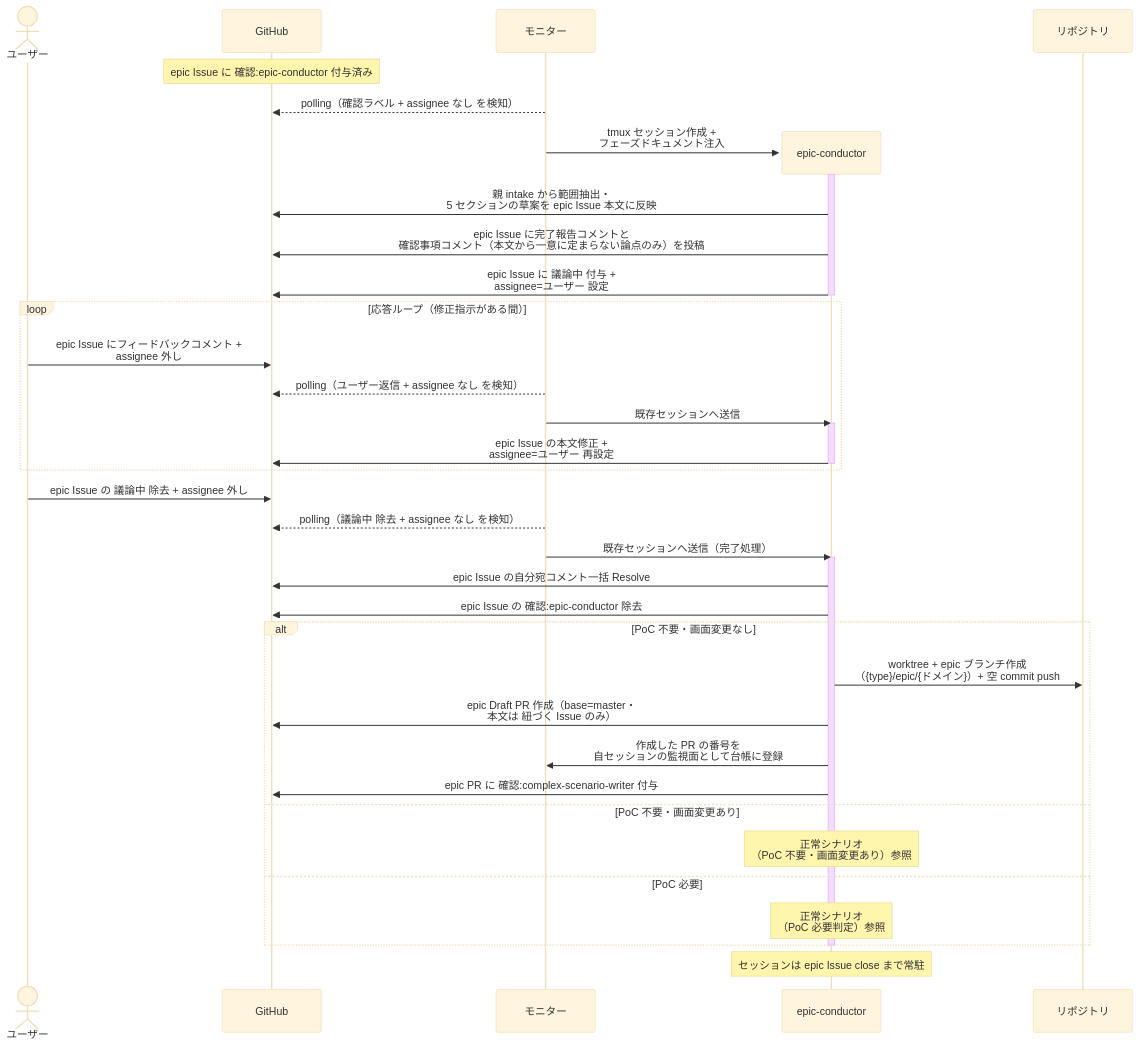
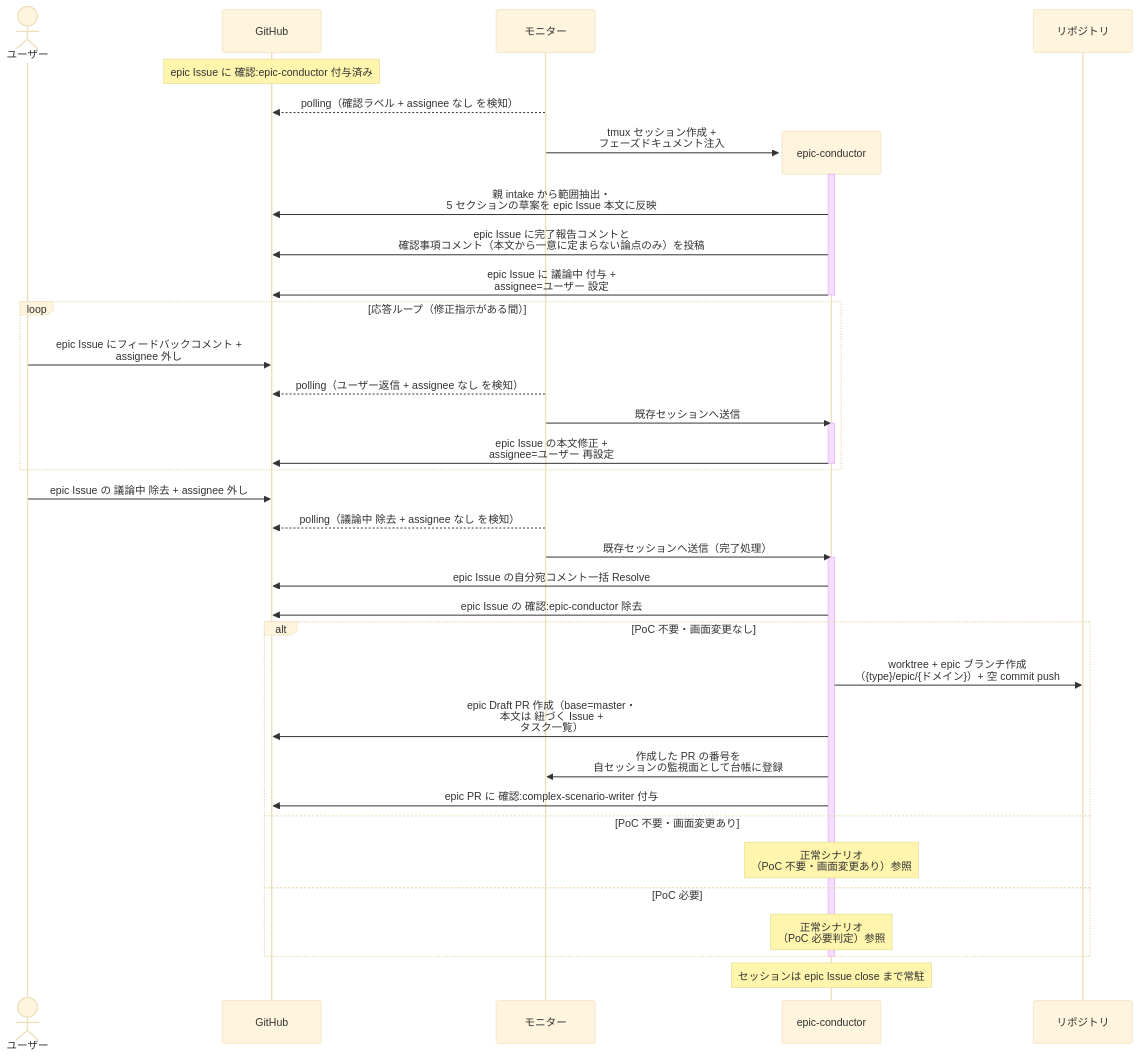
The first of 5 diagrams in docs/wiki/設計図/シナリオ/単一ユースケース/epic要件確定.md (shuhei1101/ai-monitor), drawn with Mermaid (base theme) before and after one commit. The commit also changed other lines of this file and 77 other files, not shown here.

````diff
--- a/docs/wiki/設計図/シナリオ/単一ユースケース/epic要件確定.md
+++ b/docs/wiki/設計図/シナリオ/単一ユースケース/epic要件確定.md
@@ -27,45 +27,45 @@
 ```mermaid
 sequenceDiagram
   actor U as ユーザー
   participant GH as GitHub
   participant ORC as モニター
 
   Note over GH: epic Issue に 確認:epic-conductor 付与済み
   ORC-->>GH: polling（確認ラベル + assignee なし を検知）
   create participant MON as epic-conductor
   ORC->>MON: tmux セッション作成 +<br>フェーズドキュメント注入
   participant REPO as リポジトリ
   activate MON
   MON->>GH: 親 intake から範囲抽出・<br>5 セクションの草案を epic Issue 本文に反映
   MON->>GH: epic Issue に完了報告コメントと<br>確認事項コメント（本文から一意に定まらない論点のみ）を投稿
   MON->>GH: epic Issue に 議論中 付与 +<br>assignee=ユーザー 設定
   deactivate MON
 
   loop 応答ループ（修正指示がある間）
     U->>GH: epic Issue にフィードバックコメント +<br>assignee 外し
     ORC-->>GH: polling（ユーザー返信 + assignee なし を検知）
     ORC->>MON: 既存セッションへ送信
     activate MON
     MON->>GH: epic Issue の本文修正 +<br>assignee=ユーザー 再設定
     deactivate MON
   end
 
   U->>GH: epic Issue の 議論中 除去 + assignee 外し
   ORC-->>GH: polling（議論中 除去 + assignee なし を検知）
   ORC->>MON: 既存セッションへ送信（完了処理）
   activate MON
   MON->>GH: epic Issue の自分宛コメント一括 Resolve
   MON->>GH: epic Issue の 確認:epic-conductor 除去
   alt PoC 不要・画面変更なし
     MON->>REPO: worktree + epic ブランチ作成<br>（{type}/epic/{ドメイン}）+ 空 commit push
-    MON->>GH: epic Draft PR 作成（base=master・<br>本文は 紐づく Issue のみ）
+    MON->>GH: epic Draft PR 作成（base=master・<br>本文は 紐づく Issue +<br>タスク一覧）
     MON->>ORC: 作成した PR の番号を<br>自セッションの監視面として台帳に登録
     MON->>GH: epic PR に 確認:complex-scenario-writer 付与
   else PoC 不要・画面変更あり
     Note over MON: 正常シナリオ<br>（PoC 不要・画面変更あり）参照
   else PoC 必要
     Note over MON: 正常シナリオ<br>（PoC 必要判定）参照
   end
   deactivate MON
   Note over MON: セッションは epic Issue close まで常駐
 ```
````
